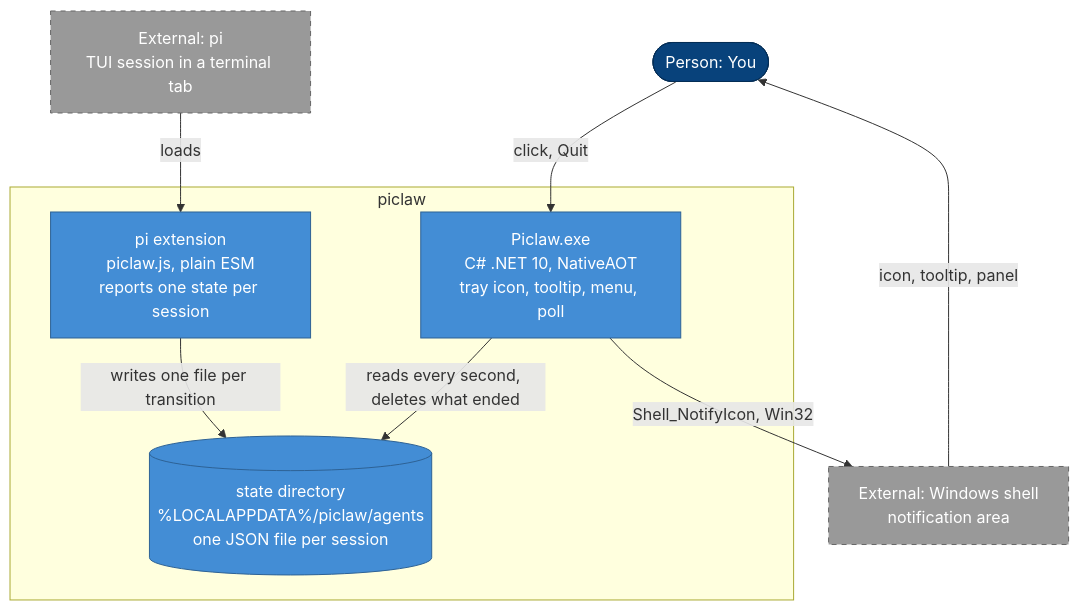
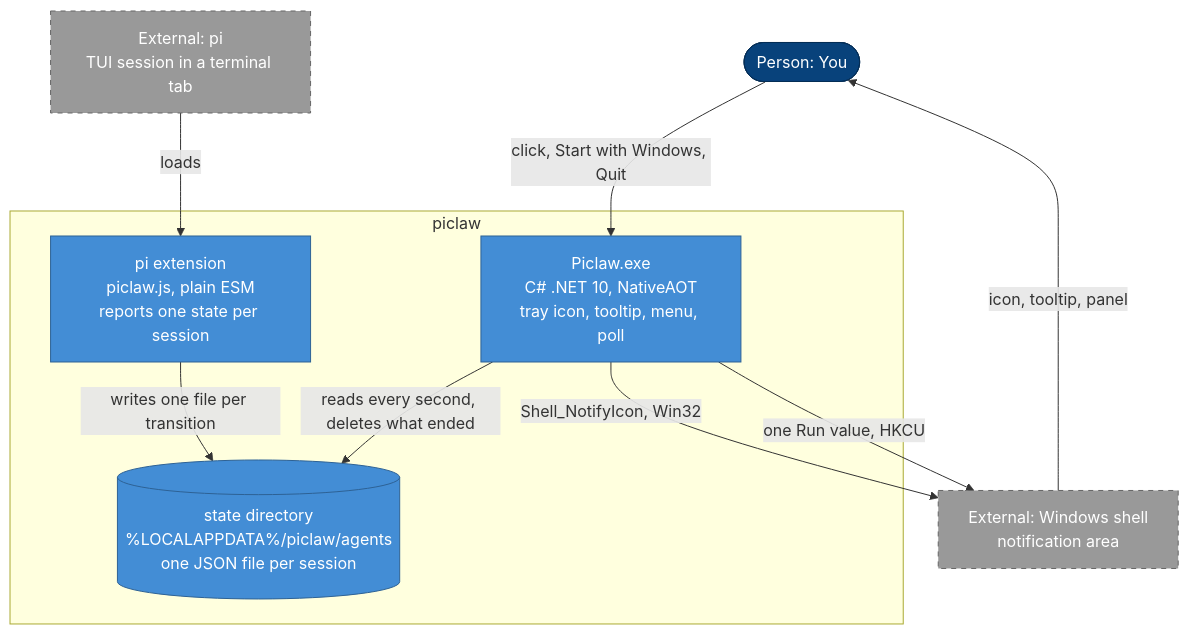
Before and after one commit to ypyl/picadence: the second of 2 diagrams in ARCHITECTURE.md, drawn with Mermaid. The commit also changed other lines of this file and 12 other files, not shown here.

First line of the commit message:
feat: start with Windows from the panel

````diff
--- a/ARCHITECTURE.md
+++ b/ARCHITECTURE.md
@@ -32,32 +32,33 @@
 ```mermaid
 flowchart TB
   user(["Person: You"])
 
   subgraph piclaw["piclaw"]
     app["Piclaw.exe<br/>C# .NET 10, NativeAOT<br/>tray icon, tooltip, menu, poll"]
     ext["pi extension<br/>piclaw.js, plain ESM<br/>reports one state per session"]
     store[("state directory<br/>%LOCALAPPDATA%/piclaw/agents<br/>one JSON file per session")]
   end
 
   pi["External: pi<br/>TUI session in a terminal tab"]
   os["External: Windows shell<br/>notification area"]
 
-  user -->|"click, Quit"| app
+  user -->|"click, Start with Windows, Quit"| app
   app -->|"Shell_NotifyIcon, Win32"| os
+  app -->|"one Run value, HKCU"| os
   os -->|"icon, tooltip, panel"| user
   pi -->|"loads"| ext
   ext -->|"writes one file per transition"| store
   app -->|"reads every second, deletes what ended"| store
 
   classDef person fill:#08427B,color:#fff,stroke:#052E56
   classDef container fill:#438DD5,color:#fff,stroke:#2E6295
   classDef store fill:#438DD5,color:#fff,stroke:#2E6295
   classDef external fill:#999999,color:#fff,stroke:#666666,stroke-dasharray:5 5
 
   class user person
   class app container
   class ext container
   class store store
   class pi external
   class os external
 ```
````
